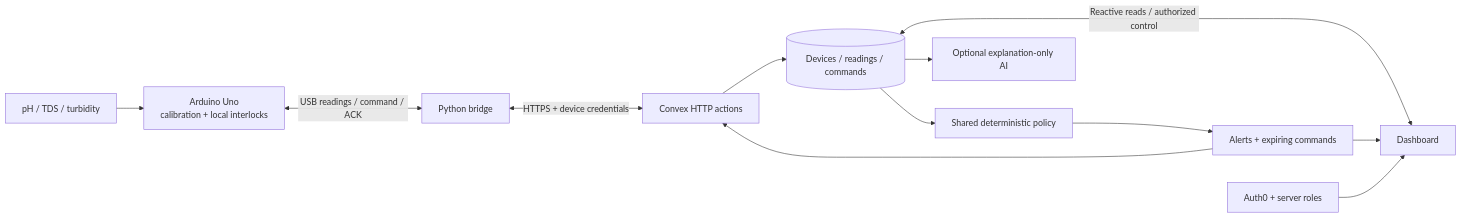
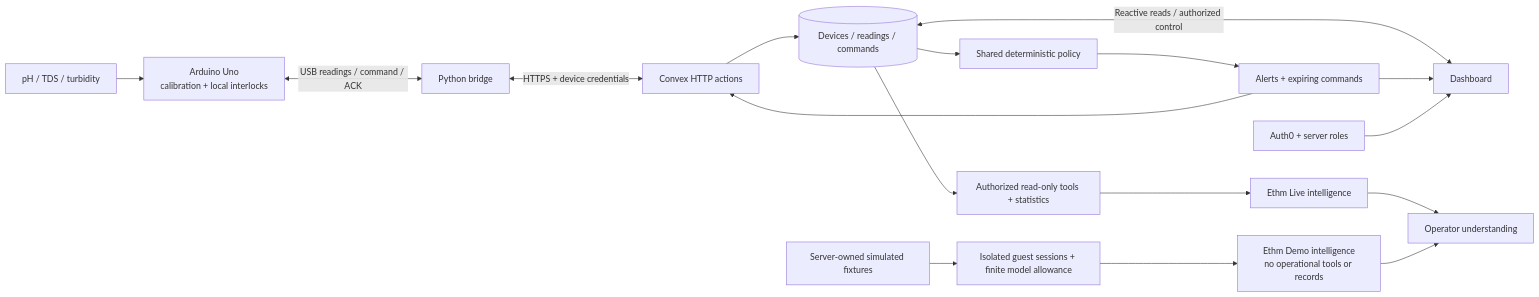
Before and after one commit to ethm09/DWMS-IoThon-2026: the diagram in docs/ARCHITECTURE.md, drawn with Mermaid. The commit also changed other lines of this file and 32 other files, not shown here.

Commit message:
Make Ethm the intelligence core with isolated guest AI and evidence reports

````diff
--- a/docs/ARCHITECTURE.md
+++ b/docs/ARCHITECTURE.md
@@ -5,14 +5,20 @@
 ```mermaid
 flowchart LR
     S[pH / TDS / turbidity] --> E[Arduino Uno\ncalibration + local interlocks]
     E <-->|USB readings / command / ACK| B[Python bridge]
     B <-->|HTTPS + device credentials| H[Convex HTTP actions]
     H --> D[(Devices / readings / commands)]
     D --> R[Shared deterministic policy]
     R --> A[Alerts + expiring commands]
     A --> H
     D <-->|Reactive reads / authorized control| U[Dashboard]
     A --> U
     I[Auth0 + server roles] --> U
-    D --> AI[Optional explanation-only AI]
+    D --> T[Authorized read-only tools + statistics]
+    T --> AI[Ethm Live intelligence]
+    X[Server-owned simulated fixtures] --> Q[Isolated guest sessions + finite model allowance]
+    Q --> G[Ethm Demo intelligence
+no operational tools or records]
+    AI --> O[Operator understanding]
+    G --> O
 ```
````
